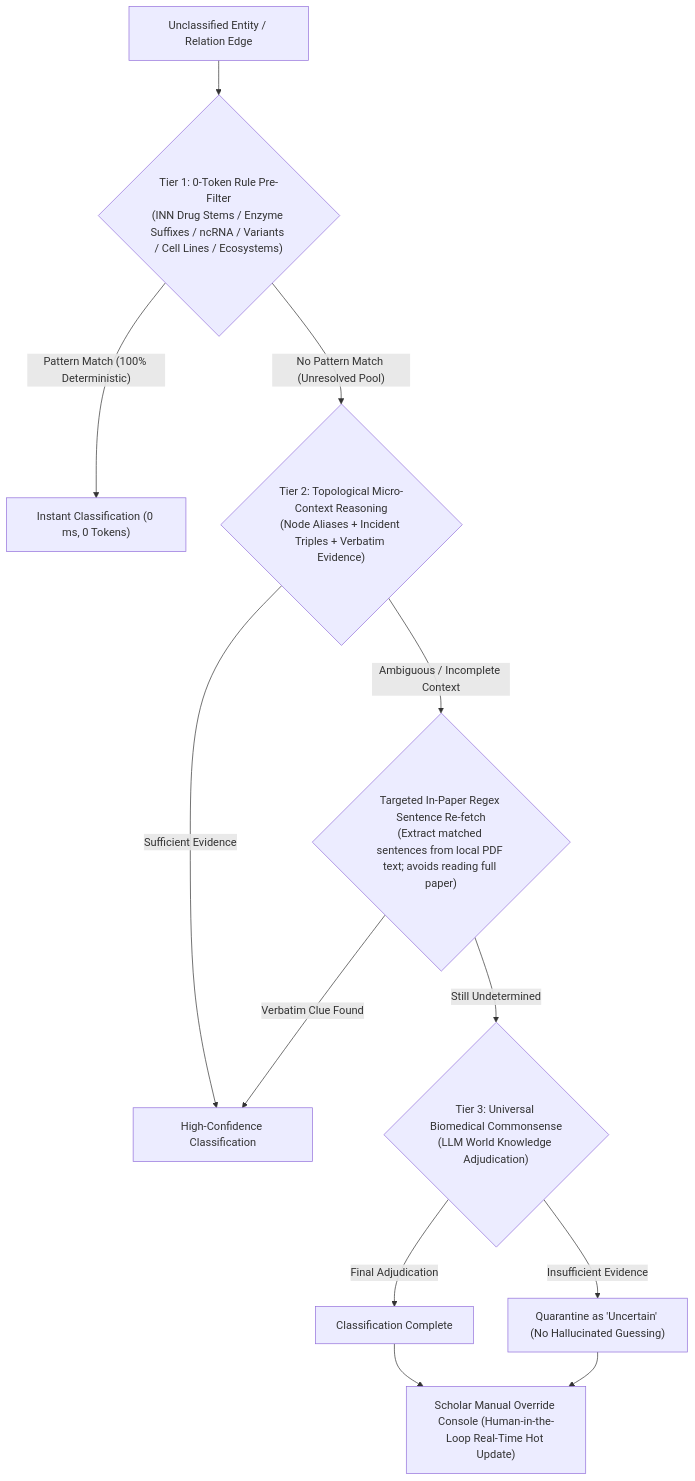
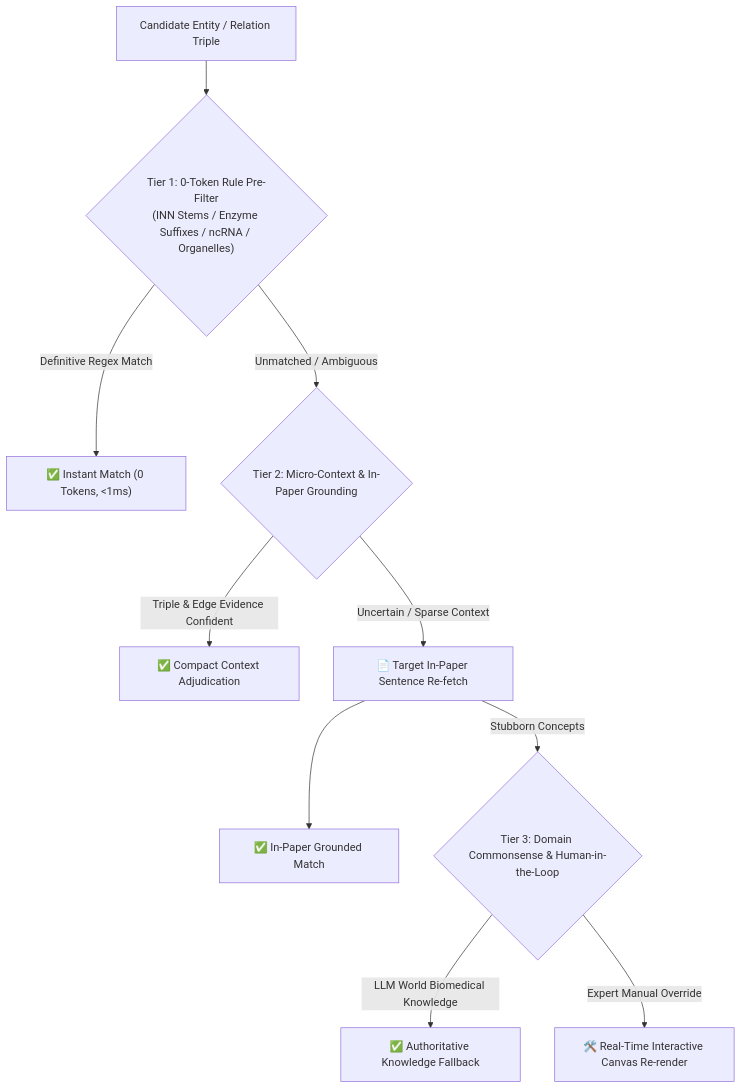
The first of 2 diagrams in README_EN.md (24238-T-34/Bio-Graph-Agent), drawn with Mermaid before and after one commit. The commit also changed other lines of this file and 1 other file, not shown here.

Commit message:
docs: update README and user manual with three-tier classification and graph-theoretic pathway decomposition highlights

````diff
--- a/README_EN.md
+++ b/README_EN.md
@@ -205,14 +208,11 @@
 ```mermaid
 flowchart TD
-    Start["Unclassified Entity / Relation Edge"] --> T1{"Tier 1: 0-Token Rule Pre-Filter<br/>(INN Drug Stems / Enzyme Suffixes / ncRNA / Variants / Cell Lines / Ecosystems)"}
-    T1 -- "Pattern Match (100% Deterministic)" --> Done1["Instant Classification (0 ms, 0 Tokens)"]
-    T1 -- "No Pattern Match (Unresolved Pool)" --> T2{"Tier 2: Topological Micro-Context Reasoning<br/>(Node Aliases + Incident Triples + Verbatim Evidence)"}
-    T2 -- "Sufficient Evidence" --> Done2["High-Confidence Classification"]
-    T2 -- "Ambiguous / Incomplete Context" --> T2B{"Targeted In-Paper Regex Sentence Re-fetch<br/>(Extract matched sentences from local PDF text; avoids reading full paper)"}
-    T2B -- "Verbatim Clue Found" --> Done2
-    T2B -- "Still Undetermined" --> T3{"Tier 3: Universal Biomedical Commonsense<br/>(LLM World Knowledge Adjudication)"}
-    T3 -- "Final Adjudication" --> Final["Classification Complete"]
-    T3 -- "Insufficient Evidence" --> Unc["Quarantine as 'Uncertain' (No Hallucinated Guessing)"]
-    Final --> HIL["Scholar Manual Override Console (Human-in-the-Loop Real-Time Hot Update)"]
-    Unc --> HIL
+    Node["Candidate Entity / Relation Triple"] --> Tier1{"Tier 1: 0-Token Rule Pre-Filter<br/>(INN Stems / Enzyme Suffixes / ncRNA / Organelles)"}
+    Tier1 -->|Definitive Regex Match| Done1["✅ Instant Match (0 Tokens, <1ms)"]
+    Tier1 -->|Unmatched / Ambiguous| Tier2{"Tier 2: Micro-Context & In-Paper Grounding"}
+    Tier2 -->|Triple & Edge Evidence Confident| Done2["✅ Compact Context Adjudication"]
+    Tier2 -->|Uncertain / Sparse Context| Tier2B["📄 Target In-Paper Sentence Re-fetch"] --> Done2B["✅ In-Paper Grounded Match"]
+    Tier2B -->|Stubborn Concepts| Tier3{"Tier 3: Domain Commonsense & Human-in-the-Loop"}
+    Tier3 -->|LLM World Biomedical Knowledge| Done3["✅ Authoritative Knowledge Fallback"]
+    Tier3 -->|Expert Manual Override| Done3B["🛠️ Real-Time Interactive Canvas Re-render"]
 ```
````
